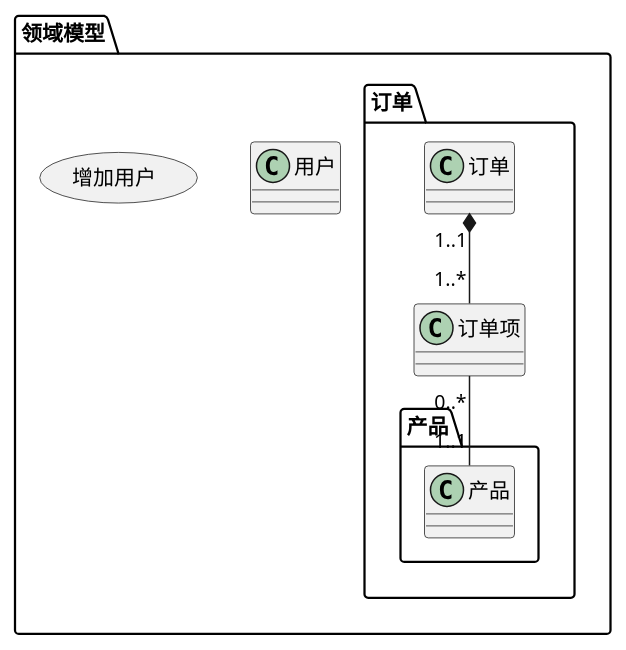
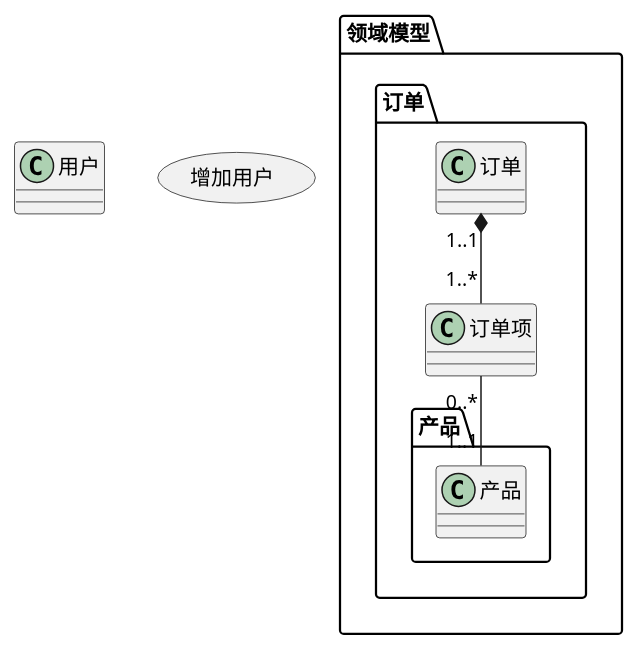
The diagram in doc/订单概览-目标态.puml (zhongjinggz/vp-cli), drawn with PlantUML before and after one commit. The commit also changed 10 other files, not shown here.

Commit message:
add plantuml alias to avoid duplicated names

```diff
--- a/doc/订单概览-目标态.puml
+++ b/doc/订单概览-目标态.puml
@@ -1,30 +1,30 @@
 @startuml
 allowmixing
 
 namespace "领域模型" as 领域模型 {
     namespace "订单" as 领域模型__订单 {
         class "订单" as 领域模型__订单__订单 {
         }
 
         class "订单项" as 领域模型__订单__订单项 {
         }
 
         namespace "产品" as 领域模型__订单__产品 {
             class "产品" as 领域模型__订单__产品__产品 {
             }
 
         }
 
     }
 
-    class "用户" as 用户{
-    }
+}
+class "用户" as 用户 {
+}
 
-    usecase "增加用户" as 增加用户
-}
+usecase "增加用户" as 增加用户
 
 领域模型__订单__订单 "1..1" *-- "1..*" 领域模型__订单__订单项
 
 领域模型__订单__订单项 "0..*" -- "1..1" 领域模型__订单__产品__产品
 
 @enduml
```
